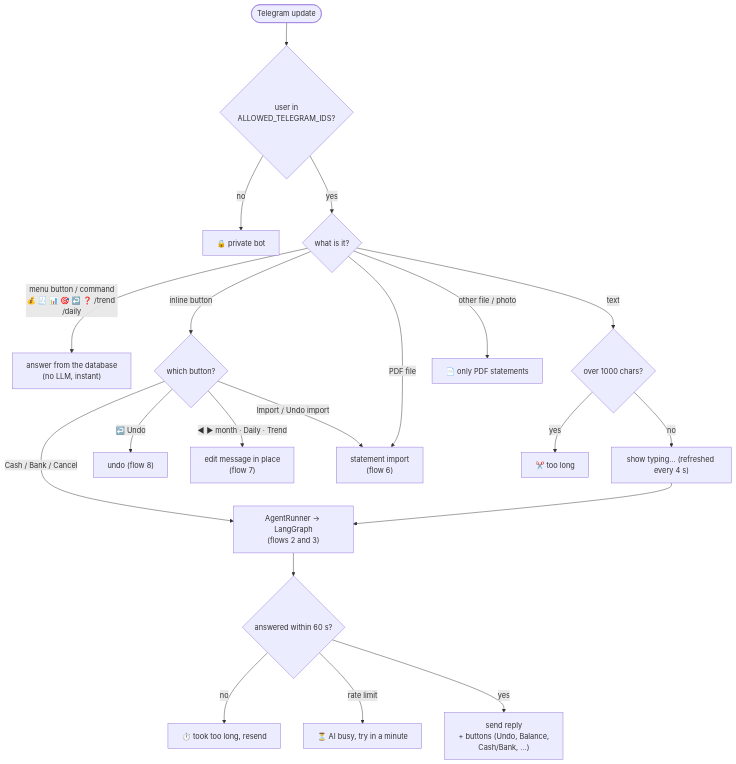
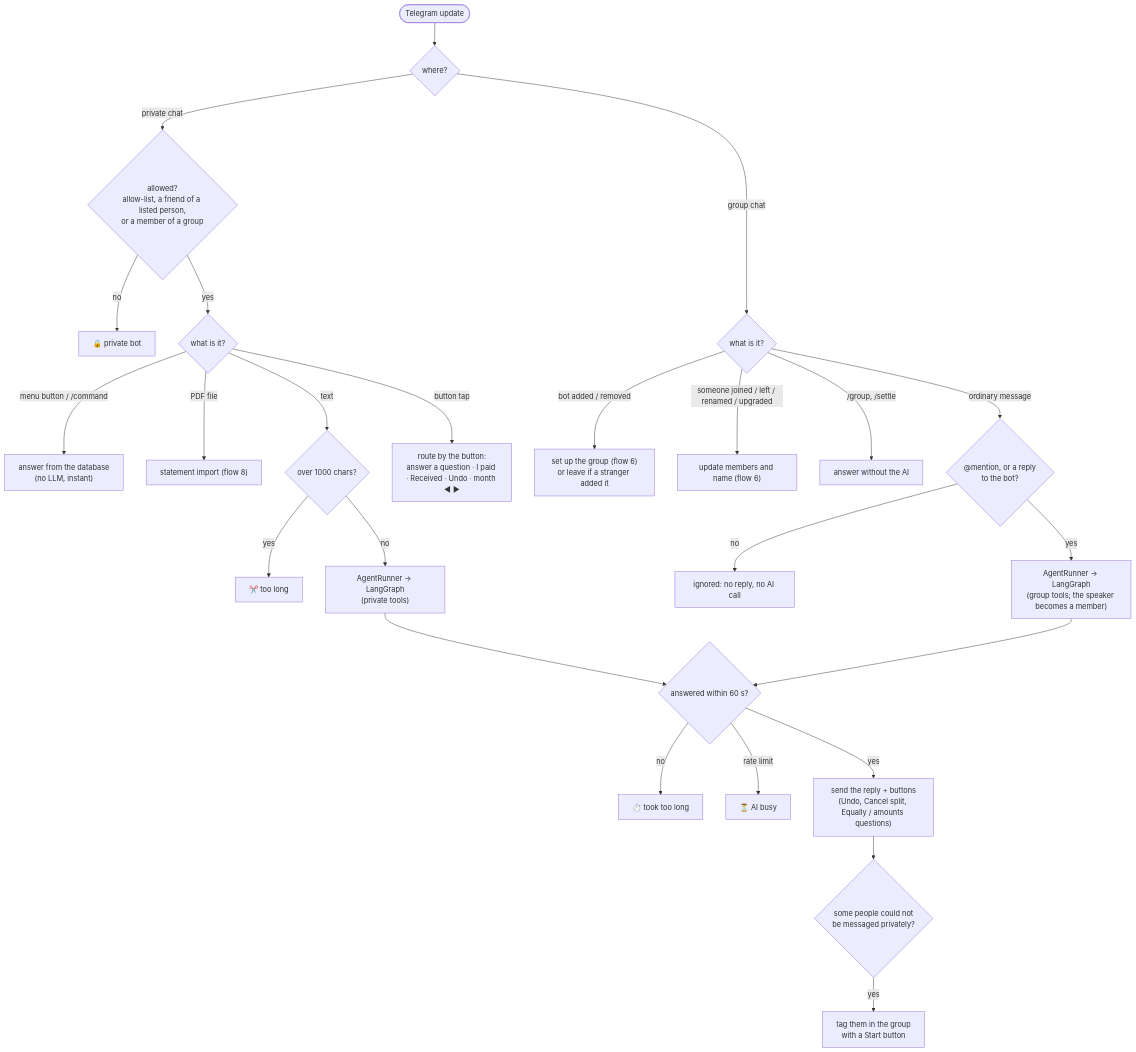
Before and after one commit to yeturu-surya-fission/Expense_Tracker: the first of 12 diagrams in docs/FLOWS.md, drawn with Mermaid. The commit also changed other lines of this file and 3 other files, not shown here.

Commit message:
state diagram added

````diff
--- a/docs/FLOWS.md
+++ b/docs/FLOWS.md
@@ -16,25 +17,30 @@
 ```mermaid
 flowchart TD
-    IN(["Telegram update"]) --> ALLOW{"user in<br/>ALLOWED_TELEGRAM_IDS?"}
-    ALLOW -->|no| DENY["🔒 private bot"]
-    ALLOW -->|yes| KIND{"what is it?"}
+    IN(["Telegram update"]) --> WHERE{"where?"}
 
-    KIND -->|"menu button / command<br/>💰 🧾 📊 🎯 ↩️ ❓ /trend /daily"| DIRECT["answer from the database<br/>(no LLM, instant)"]
-    KIND -->|"inline button"| CB{"which button?"}
-    KIND -->|"PDF file"| PDF["statement import<br/>(flow 6)"]
-    KIND -->|"other file / photo"| NOPDF["📄 only PDF statements"]
-    KIND -->|"text"| LEN{"over 1000 chars?"}
+    WHERE -->|"private chat"| PALLOW{"allowed?<br/>allow-list, a friend of a listed person,<br/>or a member of a group"}
+    PALLOW -->|no| DENY["🔒 private bot"]
+    PALLOW -->|yes| PKIND{"what is it?"}
+    PKIND -->|"menu button / /command"| DIRECT["answer from the database<br/>(no LLM, instant)"]
+    PKIND -->|"PDF file"| PDF["statement import (flow 8)"]
+    PKIND -->|"text"| LEN{"over 1000 chars?"}
+    LEN -->|yes| TOOLONG["✂️ too long"]
+    LEN -->|no| AGENT["AgentRunner → LangGraph<br/>(private tools)"]
+    PKIND -->|"button tap"| CB["route by the button:<br/>answer a question · I paid · Received · Undo · month ◀ ▶"]
 
-    LEN -->|yes| TOOLONG["✂️ too long"]
-    LEN -->|no| TYPING["show typing… (refreshed every 4 s)"] --> AGENT["AgentRunner → LangGraph<br/>(flows 2 and 3)"]
-
-    CB -->|"Cash / Bank / Cancel"| AGENT
-    CB -->|"↩️ Undo"| UNDO["undo (flow 8)"]
-    CB -->|"◀ ▶ month · Daily · Trend"| VIEWS["edit message in place<br/>(flow 7)"]
-    CB -->|"Import / Undo import"| PDF
+    WHERE -->|"group chat"| GKIND{"what is it?"}
+    GKIND -->|"bot added / removed"| SETUP["set up the group (flow 6)<br/>or leave if a stranger added it"]
+    GKIND -->|"someone joined / left / renamed / upgraded"| MEMB["update members and name (flow 6)"]
+    GKIND -->|"/group, /settle"| GCMD["answer without the AI"]
+    GKIND -->|"ordinary message"| ADDR{"@mention, or a reply<br/>to the bot?"}
+    ADDR -->|no| IGN["ignored: no reply, no AI call"]
+    ADDR -->|yes| GAGENT["AgentRunner → LangGraph<br/>(group tools; the speaker becomes a member)"]
 
     AGENT --> TO{"answered within 60 s?"}
-    TO -->|no| T1["⏱️ took too long, resend"]
-    TO -->|"rate limit"| T2["⏳ AI busy, try in a minute"]
-    TO -->|yes| SEND["send reply<br/>+ buttons (Undo, Balance,<br/>Cash/Bank, …)"]
+    GAGENT --> TO
+    TO -->|no| T1["⏱️ took too long"]
+    TO -->|"rate limit"| T2["⏳ AI busy"]
+    TO -->|yes| SEND["send the reply + buttons<br/>(Undo, Cancel split, Equally / amounts questions)"]
+    SEND --> TAG{"some people could not<br/>be messaged privately?"}
+    TAG -->|yes| START["tag them in the group<br/>with a Start button"]
 ```
````
